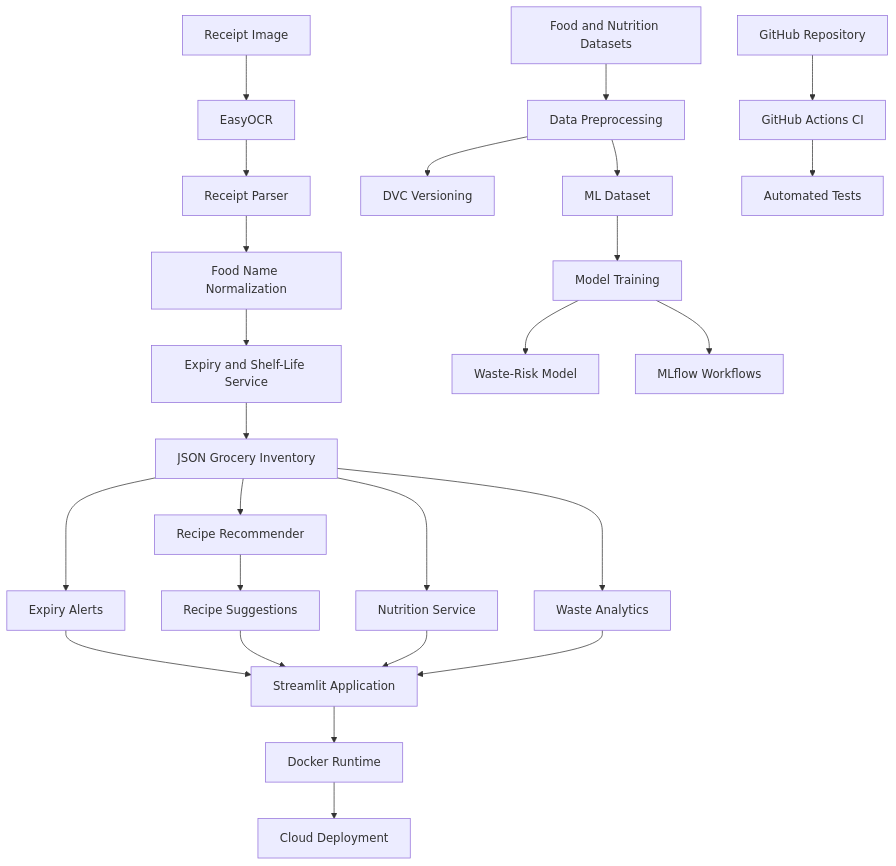
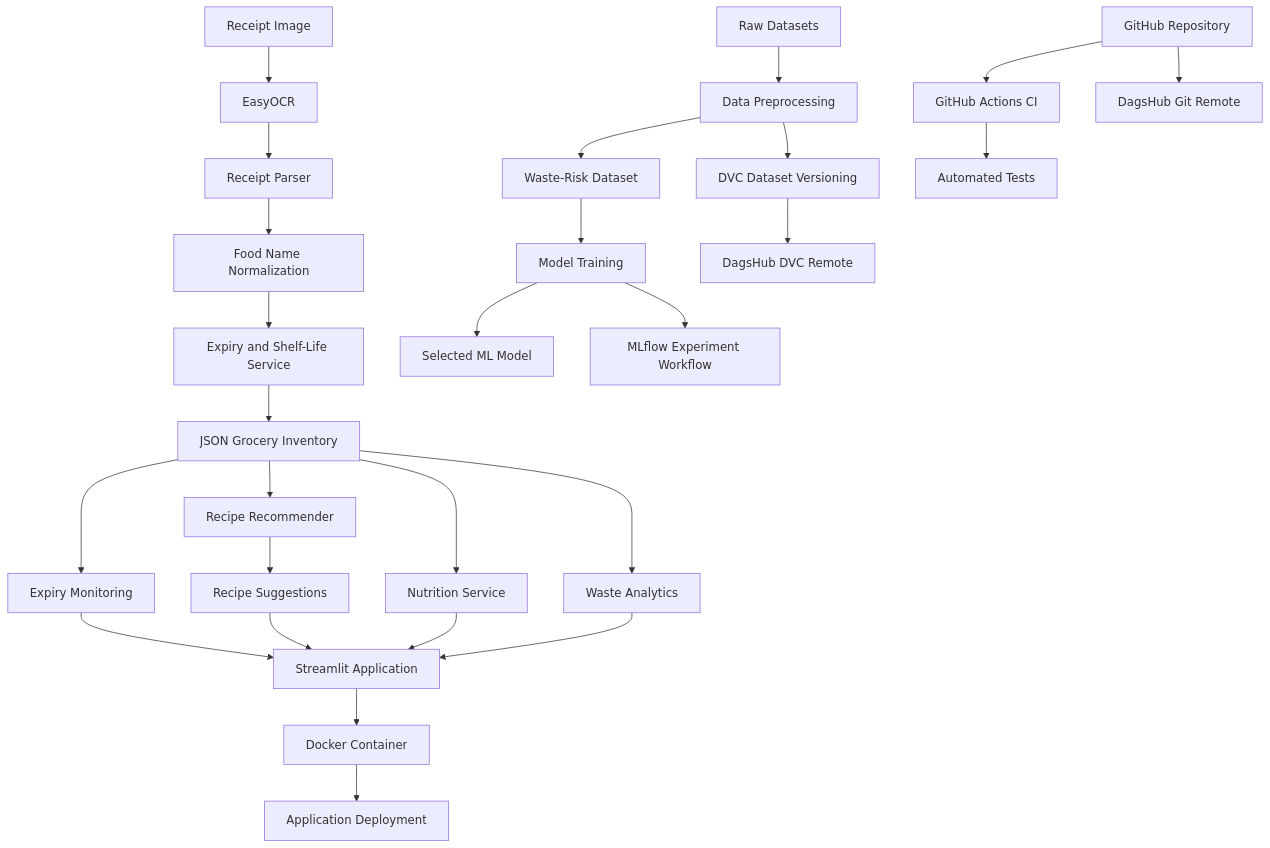
Before and after one commit to Meenarekha/smart-grocery-rescue-mlops: the diagram in README.md, drawn with Mermaid. The commit also changed other lines of this file, not shown here.

````diff
--- a/README.md
+++ b/README.md
@@ -90,33 +113,35 @@
 ```mermaid
 flowchart TD
     A[Receipt Image] --> B[EasyOCR]
     B --> C[Receipt Parser]
     C --> D[Food Name Normalization]
     D --> E[Expiry and Shelf-Life Service]
     E --> F[JSON Grocery Inventory]
 
-    F --> G[Expiry Alerts]
+    F --> G[Expiry Monitoring]
     F --> H[Recipe Recommender]
     H --> I[Recipe Suggestions]
-
     F --> J[Nutrition Service]
     F --> K[Waste Analytics]
 
-    L[Food and Nutrition Datasets] --> M[Data Preprocessing]
-    M --> N[DVC Versioning]
-    M --> O[ML Dataset]
+    L[Raw Datasets] --> M[Data Preprocessing]
+    M --> N[DVC Dataset Versioning]
+    M --> O[Waste-Risk Dataset]
     O --> P[Model Training]
-    P --> Q[Waste-Risk Model]
-    P --> R[MLflow Workflows]
+    P --> Q[Selected ML Model]
+    P --> R[MLflow Experiment Workflow]
 
     G --> S[Streamlit Application]
     I --> S
     J --> S
     K --> S
 
-    S --> T[Docker Runtime]
-    T --> U[Cloud Deployment]
+    S --> T[Docker Container]
+    T --> U[Application Deployment]
 
     V[GitHub Repository] --> W[GitHub Actions CI]
     W --> X[Automated Tests]
+
+    V --> Y[DagsHub Git Remote]
+    N --> Z[DagsHub DVC Remote]
 ```
````
